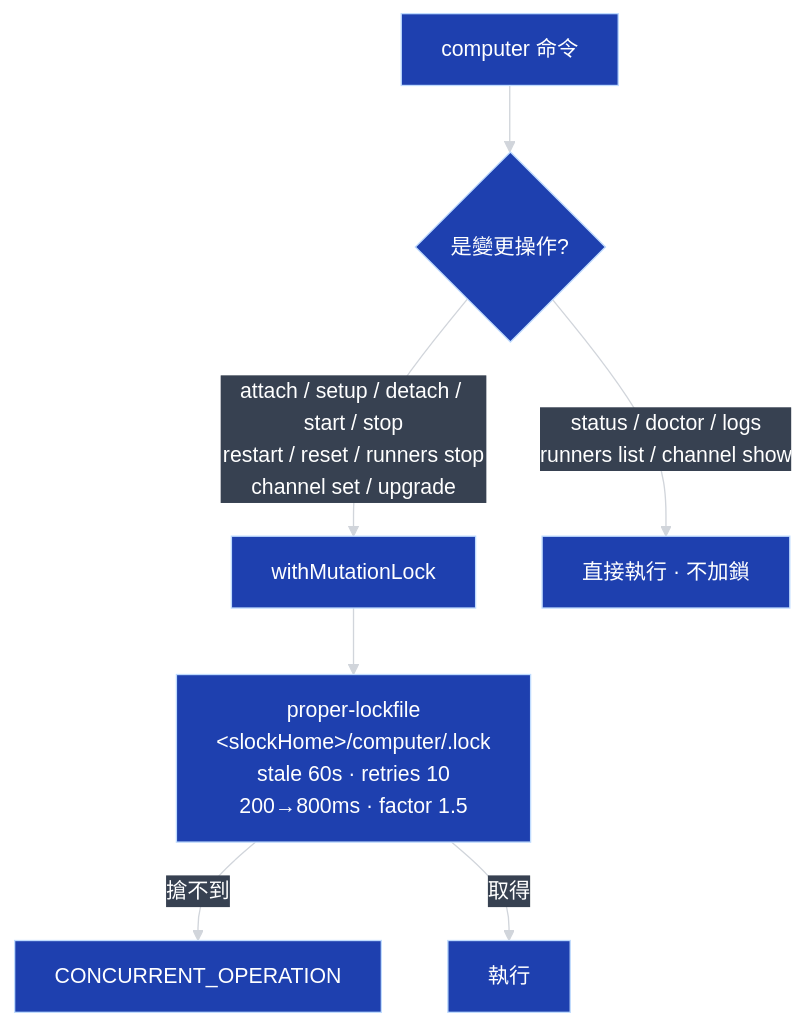
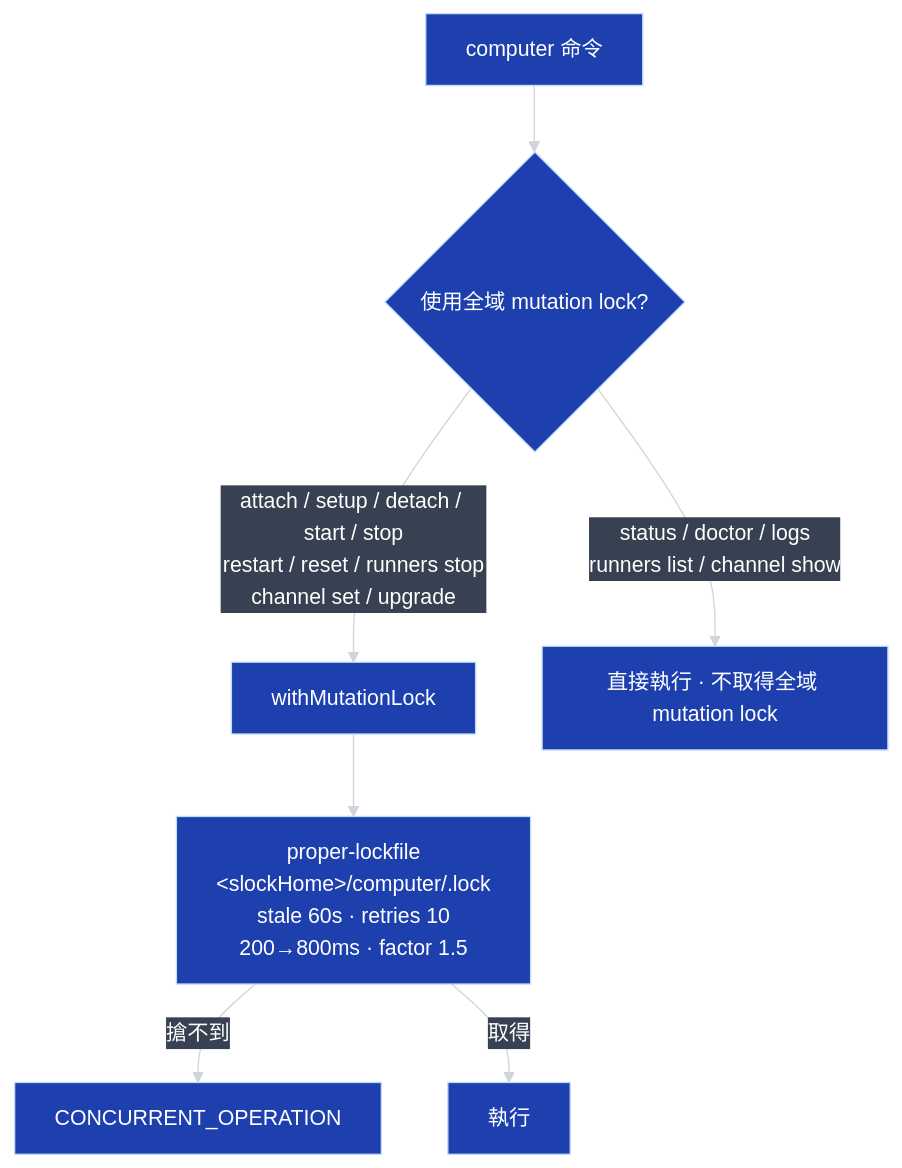
Before and after one commit to Ancienttwo/byok-sdk: the sixth of 28 diagrams in docs/researches/raft-architecture-reference.md, drawn with Mermaid. The commit also changed other lines of this file and 9 other files, not shown here.

Commit message:
docs(architecture): correct RAFT evidence provenance

````diff
--- a/docs/researches/raft-architecture-reference.md
+++ b/docs/researches/raft-architecture-reference.md
@@ -315,10 +317,10 @@
 ```mermaid
 %%{init: {"theme":"base","themeVariables":{"background":"#0d1117","primaryColor":"#1e40af","primaryTextColor":"#ffffff","primaryBorderColor":"#bfdbfe","secondaryColor":"#5b21b6","secondaryTextColor":"#ffffff","secondaryBorderColor":"#ddd6fe","tertiaryColor":"#0f766e","tertiaryTextColor":"#ffffff","tertiaryBorderColor":"#99f6e4","lineColor":"#d1d5db","textColor":"#ffffff","edgeLabelBackground":"#374151","actorBkg":"#1e40af","actorBorder":"#bfdbfe","actorTextColor":"#ffffff","actorLineColor":"#6b7280","signalColor":"#d1d5db","signalTextColor":"#ffffff","labelBoxBkgColor":"#5b21b6","labelBoxBorderColor":"#ddd6fe","labelTextColor":"#ffffff","loopTextColor":"#ffffff","activationBkgColor":"#5b21b6","activationBorderColor":"#ddd6fe","noteBkgColor":"#78350f","noteBorderColor":"#fcd34d","noteTextColor":"#ffffff"}}}%%
 flowchart TB
-  CMD["computer 命令"] --> MUT{"是變更操作?"}
+  CMD["computer 命令"] --> MUT{"使用全域 mutation lock?"}
   MUT -->|"attach / setup / detach / start / stop<br/>restart / reset / runners stop<br/>channel set / upgrade"| LOCK["withMutationLock"]
-  MUT -->|"status / doctor / logs<br/>runners list / channel show"| NOLOCK["直接執行 · 不加鎖"]
+  MUT -->|"status / doctor / logs<br/>runners list / channel show"| NOLOCK["直接執行 · 不取得全域 mutation lock"]
   LOCK --> PL["proper-lockfile<br/>&lt;slockHome&gt;/computer/.lock<br/>stale 60s · retries 10<br/>200→800ms · factor 1.5"]
   PL -->|"搶不到"| ERR["CONCURRENT_OPERATION"]
   PL -->|"取得"| EXEC["執行"]
 ```
````
